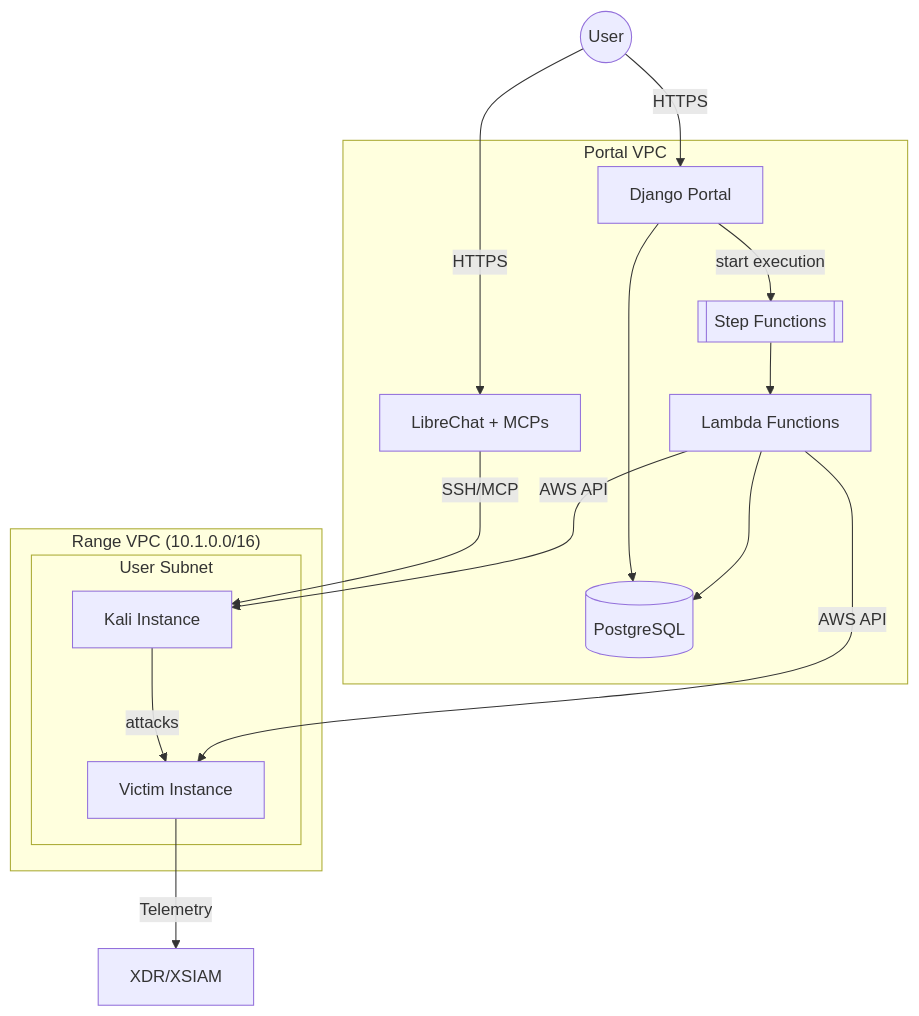
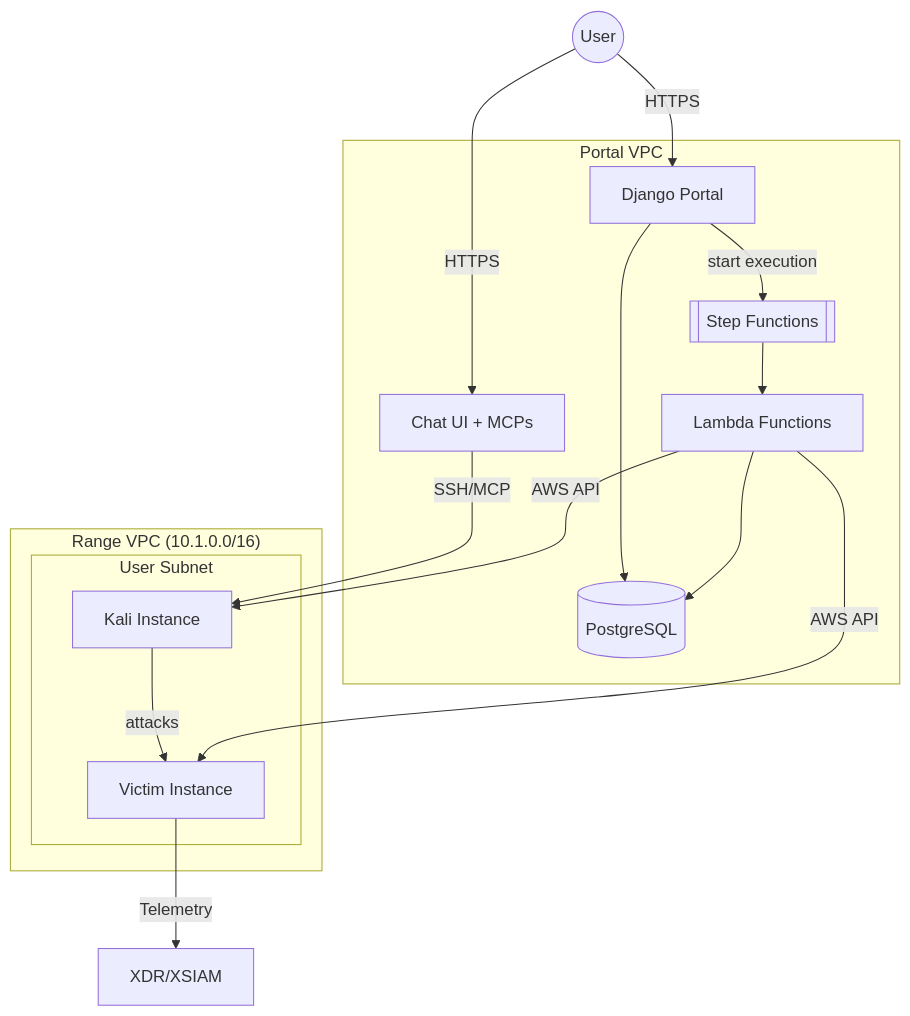
Before and after one commit to PaloAltoNetworks/shifter: the first of 5 diagrams in docs/src/architecture.md, drawn with Mermaid. The commit also changed other lines of this file and 47 other files, not shown here.

Commit message:
Remove LibreChat and LiteLLM due to LC instability

````diff
--- a/docs/src/architecture.md
+++ b/docs/src/architecture.md
@@ -12,29 +12,29 @@
 ```mermaid
 graph TB
     subgraph "Portal VPC"
         Portal[Django Portal]
         RDS[(PostgreSQL)]
         StepFn[[Step Functions]]
         Lambda[Lambda Functions]
-        LibreChat[LibreChat + MCPs]
+        ChatUI[Chat UI + MCPs]
         Portal --> RDS
         Portal -->|start execution| StepFn
         StepFn --> Lambda
         Lambda --> RDS
     end
 
     subgraph "Range VPC (10.1.0.0/16)"
         subgraph "User Subnet"
             Kali[Kali Instance]
             Victim[Victim Instance]
             Kali -->|attacks| Victim
         end
     end
 
     User((User)) -->|HTTPS| Portal
-    User -->|HTTPS| LibreChat
-    LibreChat -->|SSH/MCP| Kali
+    User -->|HTTPS| ChatUI
+    ChatUI -->|SSH/MCP| Kali
     Lambda -->|AWS API| Kali
     Lambda -->|AWS API| Victim
     Victim -->|Telemetry| XDR[XDR/XSIAM]
 ```
````
